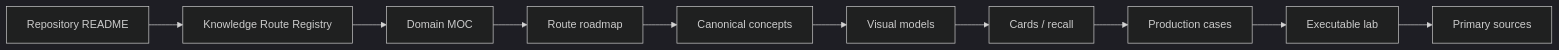
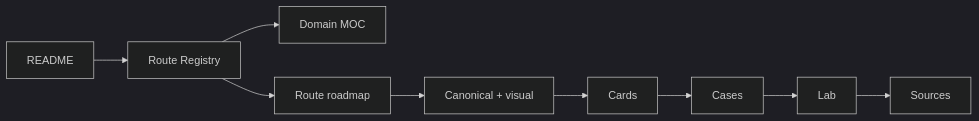
The diagram in 00_HOME/Knowledge Route Registry.md (alimbetov/obsidian), drawn with Mermaid (dark theme) before and after one commit. The commit also changed other lines of this file, not shown here.

Commit message:
docs: register certification readiness and Spring Boot route

````diff
--- a/00_HOME/Knowledge Route Registry.md
+++ b/00_HOME/Knowledge Route Registry.md
@@ -18,12 +25,11 @@
 ```mermaid
 flowchart LR
-    README["Repository README"] --> REG["Knowledge Route Registry"]
-    REG --> MOC["Domain MOC"]
-    MOC --> ROAD["Route roadmap"]
-    ROAD --> CONCEPT["Canonical concepts"]
-    CONCEPT --> VISUAL["Visual models"]
-    VISUAL --> CARDS["Cards / recall"]
-    CARDS --> CASES["Production cases"]
-    CASES --> LAB["Executable lab"]
-    LAB --> SOURCES["Primary sources"]
+    README["README"] --> REG["Route Registry"]
+    REG --> DOMAIN["Domain MOC"]
+    REG --> ROAD["Route roadmap"]
+    ROAD --> CONCEPT["Canonical + visual"]
+    CONCEPT --> CARDS["Cards"]
+    CARDS --> CASES["Cases"]
+    CASES --> LAB["Lab"]
+    LAB --> SOURCES["Sources"]
 ```
````
